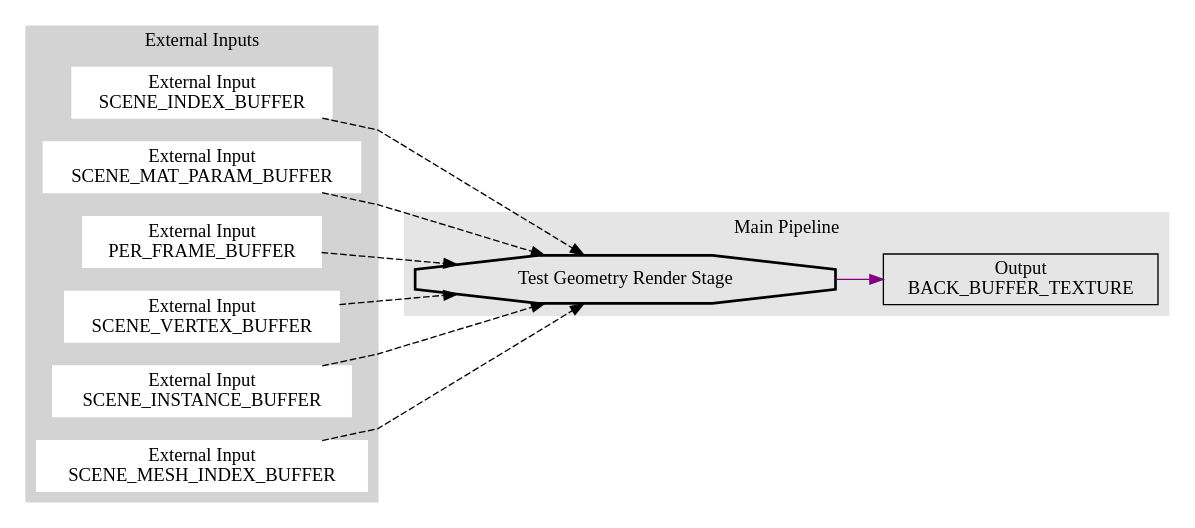
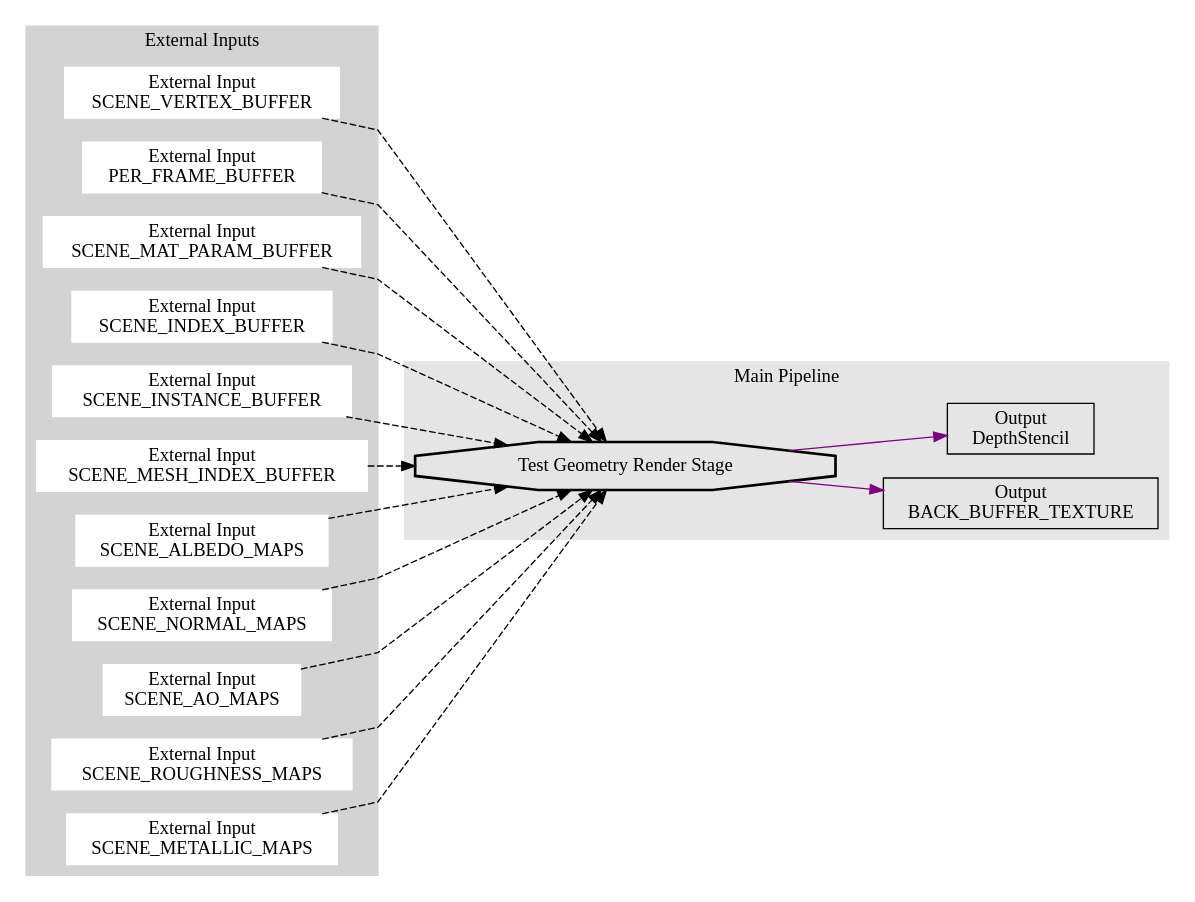
Before and after one commit to IbexOmega/CrazyCanvas: the diagram in Sandbox/complete_test_render_graph.dot, drawn with Graphviz. The commit also changed 53 other files, not shown here.

```diff
--- a/Sandbox/complete_test_render_graph.dot
+++ b/Sandbox/complete_test_render_graph.dot
@@ -1,31 +1,38 @@
 digraph G {
 	rankdir = LR;
 	splines=polyline
 	subgraph cluster0 {
 		node [style=filled,color=white];
 		style = filled;
 		color = lightgrey;
 		label = "Temporal Inputs";
 	}
 	subgraph cluster1 {
 		node [style=filled,color=white];
 		style = filled;
 		color = lightgrey;
 		label = "External Inputs";
-		eia2 [shape=box,label="External Input\nSCENE_INDEX_BUFFER"];
-		eia0 [shape=box,label="External Input\nSCENE_MAT_PARAM_BUFFER"];
-		eia5 [shape=box,label="External Input\nPER_FRAME_BUFFER"];
-		eia1 [shape=box,label="External Input\nSCENE_VERTEX_BUFFER"];
-		eia3 [shape=box,label="External Input\nSCENE_INSTANCE_BUFFER"];
-		eia4 [shape=box,label="External Input\nSCENE_MESH_INDEX_BUFFER"];
+		eia0 [shape=box,label="External Input\nSCENE_VERTEX_BUFFER"];
+		eia4 [shape=box,label="External Input\nPER_FRAME_BUFFER"];
+		eia5 [shape=box,label="External Input\nSCENE_MAT_PARAM_BUFFER"];
+		eia1 [shape=box,label="External Input\nSCENE_INDEX_BUFFER"];
+		eia2 [shape=box,label="External Input\nSCENE_INSTANCE_BUFFER"];
+		eia3 [shape=box,label="External Input\nSCENE_MESH_INDEX_BUFFER"];
+		eia6 [shape=box,label="External Input\nSCENE_ALBEDO_MAPS"];
+		eia7 [shape=box,label="External Input\nSCENE_NORMAL_MAPS"];
+		eia8 [shape=box,label="External Input\nSCENE_AO_MAPS"];
+		eia9 [shape=box,label="External Input\nSCENE_ROUGHNESS_MAPS"];
+		eia10 [shape=box,label="External Input\nSCENE_METALLIC_MAPS"];
 	}
 	subgraph cluster2 {
 		style = filled;
 		color = gray90;
 		label = "Main Pipeline";
 		rs0 [shape=octagon,style=bold,label="Test Geometry Render Stage"];
-		oa6 [shape=box,label="Output\nBACK_BUFFER_TEXTURE"];
+		oa11 [shape=box,label="Output\nBACK_BUFFER_TEXTURE"];
+		oa12 [shape=box,label="Output\nDepthStencil"];
 	}
-	{eia0, eia1, eia2, eia3, eia4, eia5} -> rs0[style=dashed];
-	rs0 -> oa6[color=purple];
+	{eia0, eia1, eia2, eia3, eia4, eia5, eia6, eia7, eia8, eia9, eia10} -> rs0[style=dashed];
+	rs0 -> oa11[color=purple];
+	rs0 -> oa12[color=purple];
 }
```
